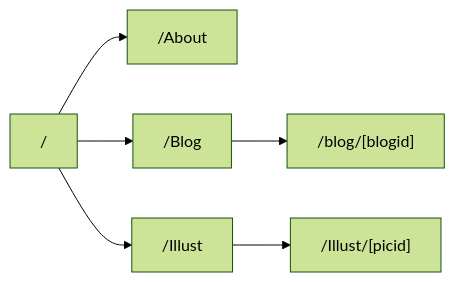
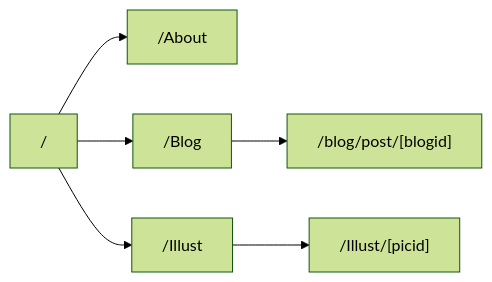
One commit to itsujiht/tsujit changed the diagram in src/contents/blog/Webサイトを作った.md. Above: the diagram before and after it, drawn with Mermaid (forest theme). The commit also changed other lines of this file and 6 other files, not shown here.

````diff
--- a/src/contents/blog/Webサイトを作った.md
+++ b/src/contents/blog/Webサイトを作った.md
@@ -15,6 +17,6 @@
 ```mermaid
 graph LR
   H["/"]-->A["/About"] & B["/Blog"] & I["/Illust"]
-  B-->Bid["/blog/[blogid]"]
+  B-->Bid["/blog/post/[blogid]"]
   I-->Pid["/Illust/[picid]"]
 ```
````
